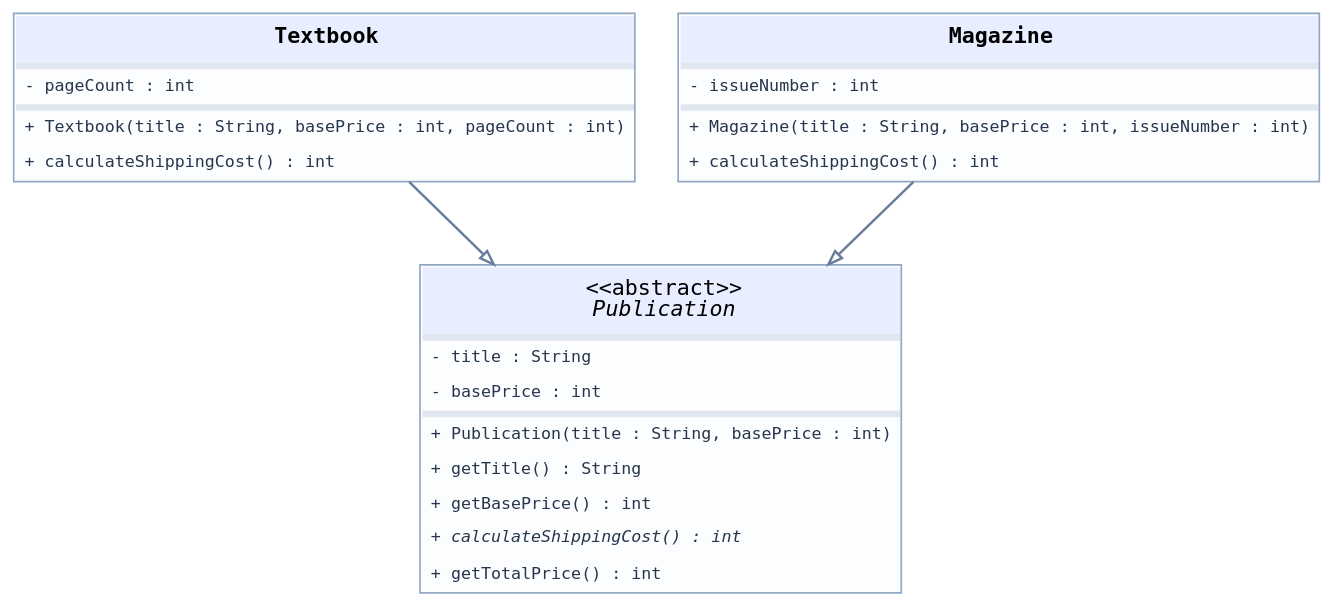
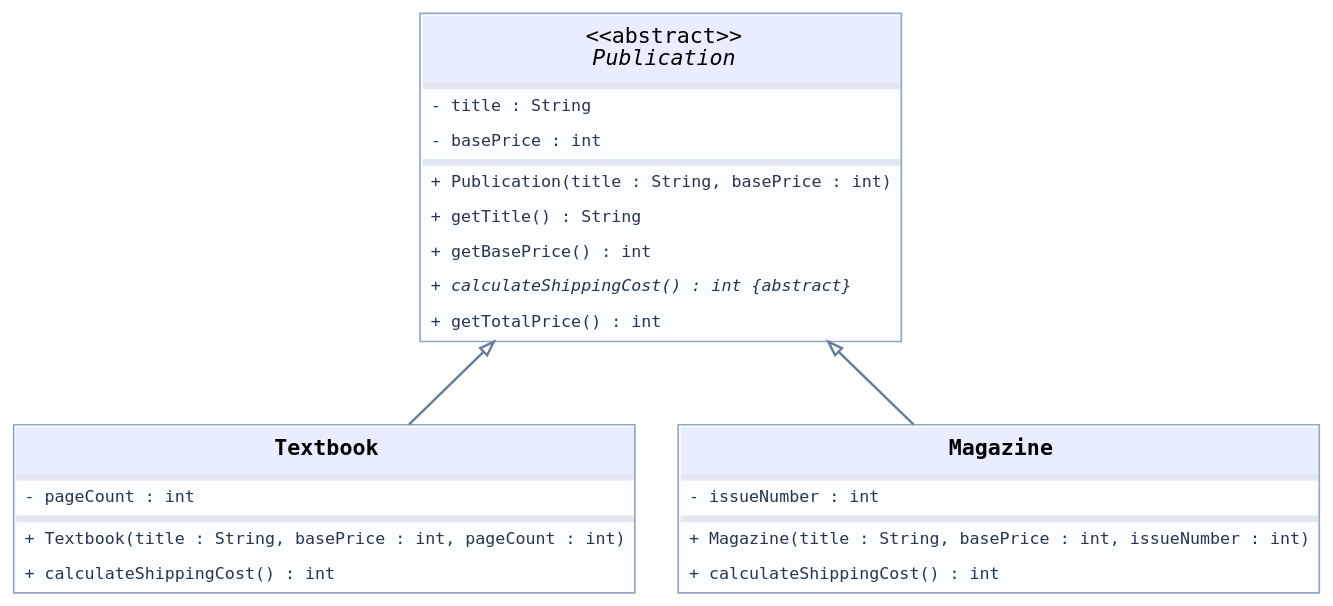
One commit to edetroll/java-oop changed the diagram in content/chapters/10-absztrakt-osztalyok/media/task-publications-hu.dot. Above: the diagram before and after it, drawn with Graphviz. The commit also changed 41 other files, not shown here.

```diff
--- a/content/chapters/10-absztrakt-osztalyok/media/task-publications-hu.dot
+++ b/content/chapters/10-absztrakt-osztalyok/media/task-publications-hu.dot
@@ -1,8 +1,8 @@
-digraph UML { graph [rankdir=TB,bgcolor="transparent",pad="0.12",nodesep="0.36",ranksep="0.7",splines=polyline];
+digraph UML { graph [rankdir=BT,bgcolor="transparent",pad="0.12",nodesep="0.36",ranksep="0.7",splines=polyline];
 node [shape=plain]; edge [color="#687d9a",penwidth=1.45,arrowsize=0.85];
-"Publication" [label=<<TABLE BORDER="1" CELLBORDER="0" CELLSPACING="0" COLOR="#91a7c3" BGCOLOR="#fbfdff"><TR><TD BGCOLOR="#e8eeff" CELLPADDING="7"><FONT FACE="DejaVu Sans Mono" POINT-SIZE="13">&lt;&lt;abstract&gt;&gt;<BR/><I>Publication</I></FONT></TD></TR><TR><TD BGCOLOR="#e1e7f0" HEIGHT="2"></TD></TR><TR><TD ALIGN="LEFT" CELLPADDING="5"><FONT FACE="DejaVu Sans Mono" POINT-SIZE="10" COLOR="#27364c">- title : String</FONT></TD></TR><TR><TD ALIGN="LEFT" CELLPADDING="5"><FONT FACE="DejaVu Sans Mono" POINT-SIZE="10" COLOR="#27364c">- basePrice : int</FONT></TD></TR><TR><TD BGCOLOR="#e1e7f0" HEIGHT="2"></TD></TR><TR><TD ALIGN="LEFT" CELLPADDING="5"><FONT FACE="DejaVu Sans Mono" POINT-SIZE="10" COLOR="#27364c">+ Publication(title : String, basePrice : int)</FONT></TD></TR><TR><TD ALIGN="LEFT" CELLPADDING="5"><FONT FACE="DejaVu Sans Mono" POINT-SIZE="10" COLOR="#27364c">+ getTitle() : String</FONT></TD></TR><TR><TD ALIGN="LEFT" CELLPADDING="5"><FONT FACE="DejaVu Sans Mono" POINT-SIZE="10" COLOR="#27364c">+ getBasePrice() : int</FONT></TD></TR><TR><TD ALIGN="LEFT" CELLPADDING="5"><FONT FACE="DejaVu Sans Mono" POINT-SIZE="10" COLOR="#27364c"><I>+ calculateShippingCost() : int</I></FONT></TD></TR><TR><TD ALIGN="LEFT" CELLPADDING="5"><FONT FACE="DejaVu Sans Mono" POINT-SIZE="10" COLOR="#27364c">+ getTotalPrice() : int</FONT></TD></TR></TABLE>>];
+"Publication" [label=<<TABLE BORDER="1" CELLBORDER="0" CELLSPACING="0" COLOR="#91a7c3" BGCOLOR="#fbfdff"><TR><TD BGCOLOR="#e8eeff" CELLPADDING="7"><FONT FACE="DejaVu Sans Mono" POINT-SIZE="13">&lt;&lt;abstract&gt;&gt;<BR/><I>Publication</I></FONT></TD></TR><TR><TD BGCOLOR="#e1e7f0" HEIGHT="2"></TD></TR><TR><TD ALIGN="LEFT" CELLPADDING="5"><FONT FACE="DejaVu Sans Mono" POINT-SIZE="10" COLOR="#27364c">- title : String</FONT></TD></TR><TR><TD ALIGN="LEFT" CELLPADDING="5"><FONT FACE="DejaVu Sans Mono" POINT-SIZE="10" COLOR="#27364c">- basePrice : int</FONT></TD></TR><TR><TD BGCOLOR="#e1e7f0" HEIGHT="2"></TD></TR><TR><TD ALIGN="LEFT" CELLPADDING="5"><FONT FACE="DejaVu Sans Mono" POINT-SIZE="10" COLOR="#27364c">+ Publication(title : String, basePrice : int)</FONT></TD></TR><TR><TD ALIGN="LEFT" CELLPADDING="5"><FONT FACE="DejaVu Sans Mono" POINT-SIZE="10" COLOR="#27364c">+ getTitle() : String</FONT></TD></TR><TR><TD ALIGN="LEFT" CELLPADDING="5"><FONT FACE="DejaVu Sans Mono" POINT-SIZE="10" COLOR="#27364c">+ getBasePrice() : int</FONT></TD></TR><TR><TD ALIGN="LEFT" CELLPADDING="5"><FONT FACE="DejaVu Sans Mono" POINT-SIZE="10" COLOR="#27364c"><I>+ calculateShippingCost() : int {abstract}</I></FONT></TD></TR><TR><TD ALIGN="LEFT" CELLPADDING="5"><FONT FACE="DejaVu Sans Mono" POINT-SIZE="10" COLOR="#27364c">+ getTotalPrice() : int</FONT></TD></TR></TABLE>>];
 "Textbook" [label=<<TABLE BORDER="1" CELLBORDER="0" CELLSPACING="0" COLOR="#91a7c3" BGCOLOR="#fbfdff"><TR><TD BGCOLOR="#e8eeff" CELLPADDING="7"><FONT FACE="DejaVu Sans Mono" POINT-SIZE="13"><B>Textbook</B></FONT></TD></TR><TR><TD BGCOLOR="#e1e7f0" HEIGHT="2"></TD></TR><TR><TD ALIGN="LEFT" CELLPADDING="5"><FONT FACE="DejaVu Sans Mono" POINT-SIZE="10" COLOR="#27364c">- pageCount : int</FONT></TD></TR><TR><TD BGCOLOR="#e1e7f0" HEIGHT="2"></TD></TR><TR><TD ALIGN="LEFT" CELLPADDING="5"><FONT FACE="DejaVu Sans Mono" POINT-SIZE="10" COLOR="#27364c">+ Textbook(title : String, basePrice : int, pageCount : int)</FONT></TD></TR><TR><TD ALIGN="LEFT" CELLPADDING="5"><FONT FACE="DejaVu Sans Mono" POINT-SIZE="10" COLOR="#27364c">+ calculateShippingCost() : int</FONT></TD></TR></TABLE>>];
 "Magazine" [label=<<TABLE BORDER="1" CELLBORDER="0" CELLSPACING="0" COLOR="#91a7c3" BGCOLOR="#fbfdff"><TR><TD BGCOLOR="#e8eeff" CELLPADDING="7"><FONT FACE="DejaVu Sans Mono" POINT-SIZE="13"><B>Magazine</B></FONT></TD></TR><TR><TD BGCOLOR="#e1e7f0" HEIGHT="2"></TD></TR><TR><TD ALIGN="LEFT" CELLPADDING="5"><FONT FACE="DejaVu Sans Mono" POINT-SIZE="10" COLOR="#27364c">- issueNumber : int</FONT></TD></TR><TR><TD BGCOLOR="#e1e7f0" HEIGHT="2"></TD></TR><TR><TD ALIGN="LEFT" CELLPADDING="5"><FONT FACE="DejaVu Sans Mono" POINT-SIZE="10" COLOR="#27364c">+ Magazine(title : String, basePrice : int, issueNumber : int)</FONT></TD></TR><TR><TD ALIGN="LEFT" CELLPADDING="5"><FONT FACE="DejaVu Sans Mono" POINT-SIZE="10" COLOR="#27364c">+ calculateShippingCost() : int</FONT></TD></TR></TABLE>>];
 "Textbook" -> "Publication" [arrowhead=empty];
 "Magazine" -> "Publication" [arrowhead=empty];
 }
```
